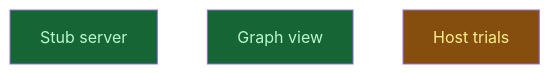
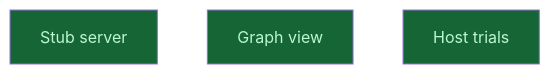
Before and after one commit to CrackingShells/cracking-shells-playbook: the diagram in __roadmap__/m0-feasibility-spike/build/README.md, drawn with Mermaid. The commit also changed other lines of this file and 3 other files, not shown here.

First line of the commit message:
chore(roadmap): close the m0-feasibility-spike campaign

````diff
--- a/__roadmap__/m0-feasibility-spike/build/README.md
+++ b/__roadmap__/m0-feasibility-spike/build/README.md
@@ -21,11 +21,11 @@
 ```mermaid
 graph TD
     stub_server[Stub server]:::done
     graph_view[Graph view]:::done
-    trials[Host trials]:::inprogress
+    trials[Host trials]:::done
     classDef done       fill:#166534,color:#bbf7d0
     classDef inprogress fill:#854d0e,color:#fef08a
     classDef planned    fill:#374151,color:#e5e7eb
     classDef amendment  fill:#1e3a5f,color:#bfdbfe
     classDef blocked    fill:#7f1d1d,color:#fecaca
 ```
````
